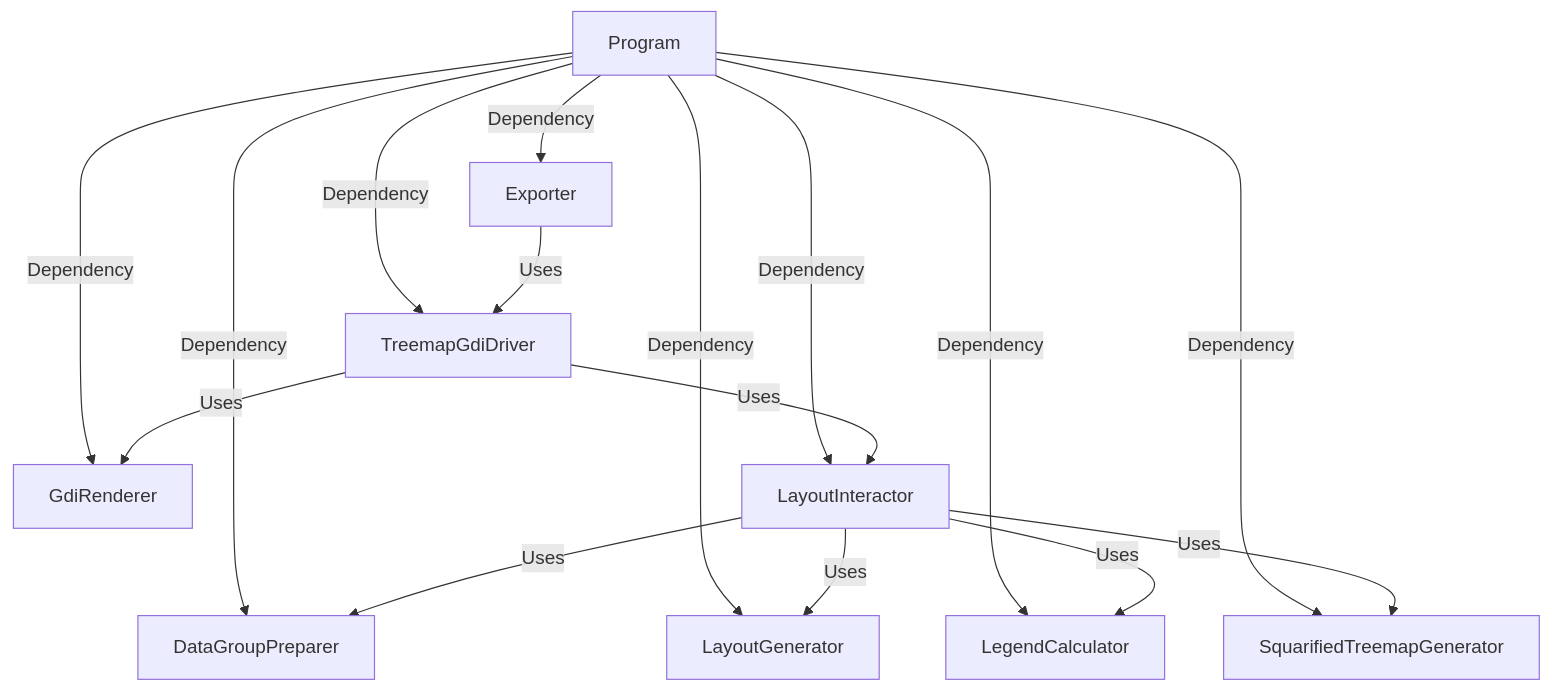
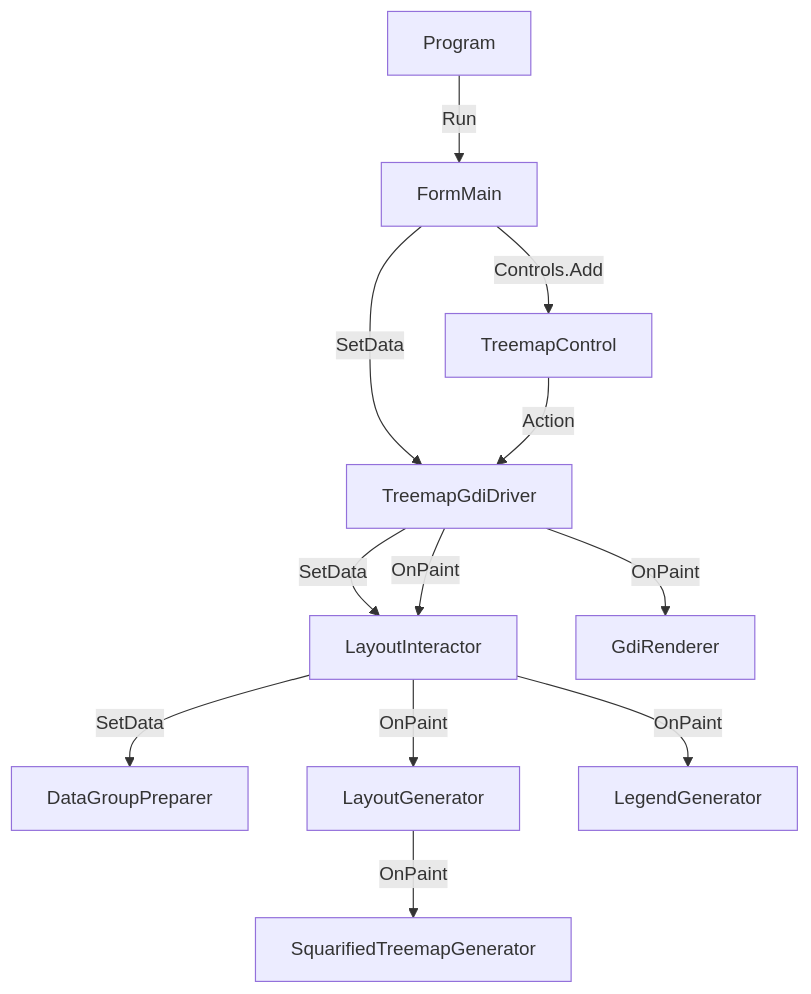
Before and after one commit to panda728/SquarifiedTreemapLayers: the first of 2 diagrams in README.md, drawn with Mermaid. The commit also changed other lines of this file and 6 other files, not shown here.

````diff
--- a/README.md
+++ b/README.md
@@ -33,18 +33,14 @@
 ```mermaid
 graph TD 
-A[Program] -->|Dependency| B[Exporter] 
-A -->|Dependency| C[TreemapGdiDriver<T>] 
-A -->|Dependency| D[GdiRenderer] 
-A -->|Dependency| E[LayoutInteractor<T>] 
-A -->|Dependency| F[DataGroupPreparer<T>] 
-A -->|Dependency| G[LayoutGenerator<T>] 
-A -->|Dependency| H[LegendCalculator] 
-A -->|Dependency| I[SquarifiedTreemapGenerator]
-B -->|Uses| C
-C -->|Uses| D
-C -->|Uses| E
-E -->|Uses| F
-E -->|Uses| G
-E -->|Uses| H
-E -->|Uses| I
+A[Program] -->|Run| B[FormMain] 
+B -->|Controls.Add| C[TreemapControl] 
+B -->|SetData| D[TreemapGdiDriver<T>]
+D -->|SetData| E[LayoutInteractor<T>] 
+E -->|SetData| F[DataGroupPreparer<T>] 
+D -->|OnPaint| E
+E -->|OnPaint| G[LayoutGenerator<T>] 
+G -->|OnPaint| H[SquarifiedTreemapGenerator] 
+E -->|OnPaint| I[LegendGenerator]
+C --> |Action| D
+D -->|OnPaint| J[GdiRenderer] 
 ```
````
